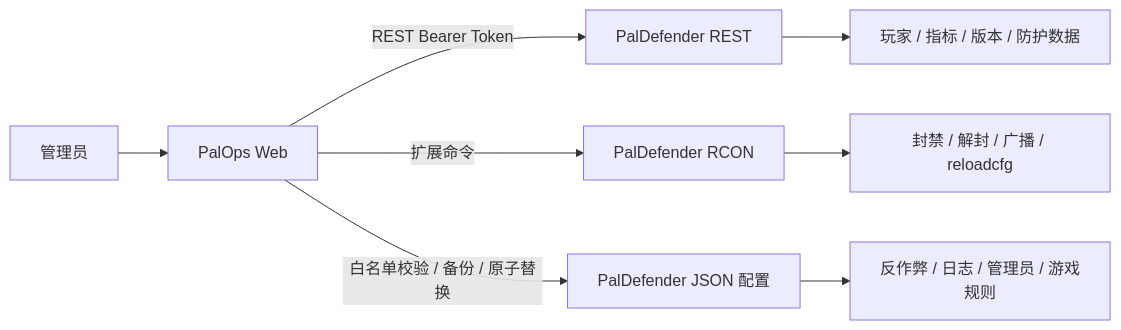
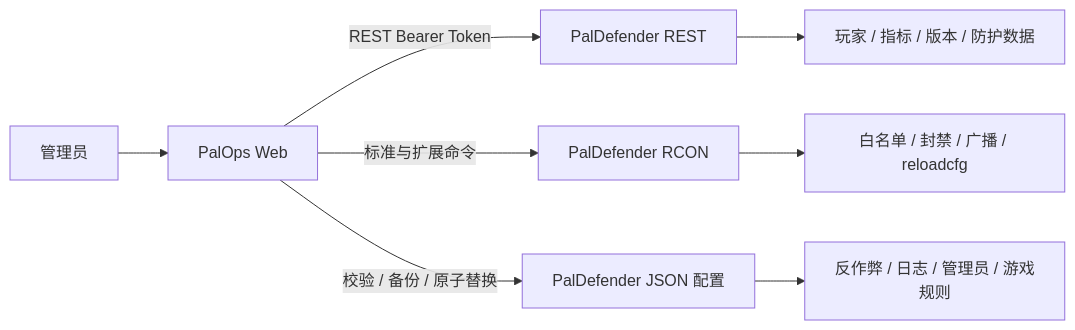
One commit to CoderYiXin/PalOpsWeb changed the first of 2 diagrams in README.md. Above: the diagram before and after it, drawn with Mermaid. The commit also changed other lines of this file and 186 other files, not shown here.

````diff
--- a/README.md
+++ b/README.md
@@ -140,10 +202,10 @@
 ```mermaid
 flowchart LR
     Admin[管理员] --> PalOps[PalOps Web]
     PalOps -->|REST Bearer Token| PDREST[PalDefender REST]
-    PalOps -->|扩展命令| RCON[PalDefender RCON]
-    PalOps -->|白名单校验 / 备份 / 原子替换| Config[PalDefender JSON 配置]
+    PalOps -->|标准与扩展命令| RCON[PalDefender RCON]
+    PalOps -->|校验 / 备份 / 原子替换| Config[PalDefender JSON 配置]
     PDREST --> Runtime[玩家 / 指标 / 版本 / 防护数据]
-    RCON --> Operations[封禁 / 解封 / 广播 / reloadcfg]
+    RCON --> Operations[白名单 / 封禁 / 广播 / reloadcfg]
     Config --> Protection[反作弊 / 日志 / 管理员 / 游戏规则]
 ```
````
